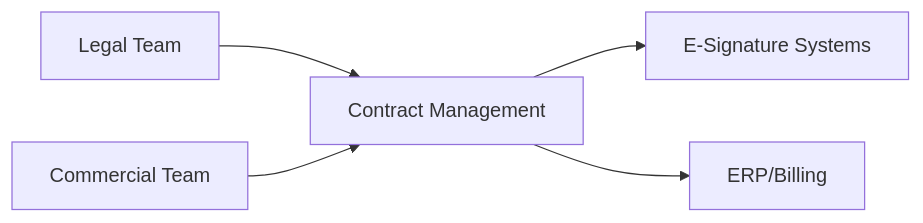
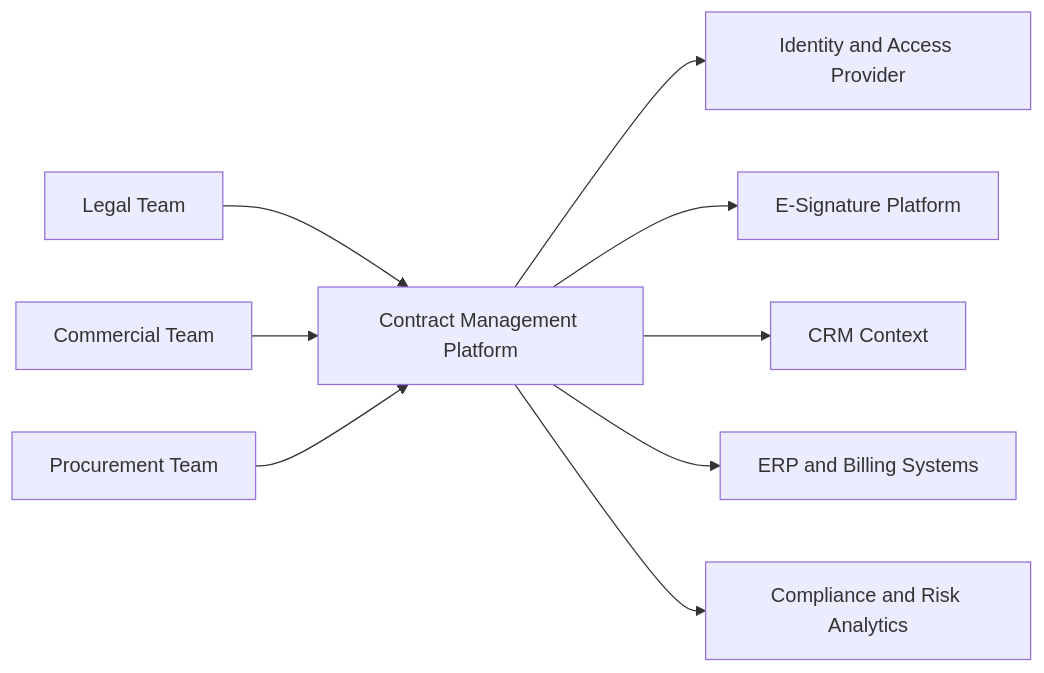
One commit to MichaelTimbes/solution-cookbook changed the diagram in playbooks/contract-management-system/diagrams/system-context.mmd. Above: the diagram before and after it, drawn with Mermaid. The commit also changed 60 other files, not shown here.

```diff
--- a/playbooks/contract-management-system/diagrams/system-context.mmd
+++ b/playbooks/contract-management-system/diagrams/system-context.mmd
@@ -1,11 +1,24 @@
+%% Contract Management system context
+%% Shows contract actors and adjacent systems around the contract platform.
 flowchart LR
     Legal[Legal Team]
-    Sales[Commercial Team]
-    System[Contract Management]
-    Signature[E-Signature Systems]
-    ERP[ERP/Billing]
+    Commercial[Commercial Team]
+    Procurement[Procurement Team]
 
-    Legal --> System
-    Sales --> System
-    System --> Signature
-    System --> ERP
+    CMS[Contract Management Platform]
+
+    Identity[Identity and Access Provider]
+    Signature[E-Signature Platform]
+    CRM[CRM Context]
+    ERP[ERP and Billing Systems]
+    Analytics[Compliance and Risk Analytics]
+
+    Legal --> CMS
+    Commercial --> CMS
+    Procurement --> CMS
+
+    CMS --> Identity
+    CMS --> Signature
+    CMS --> CRM
+    CMS --> ERP
+    CMS --> Analytics
```
